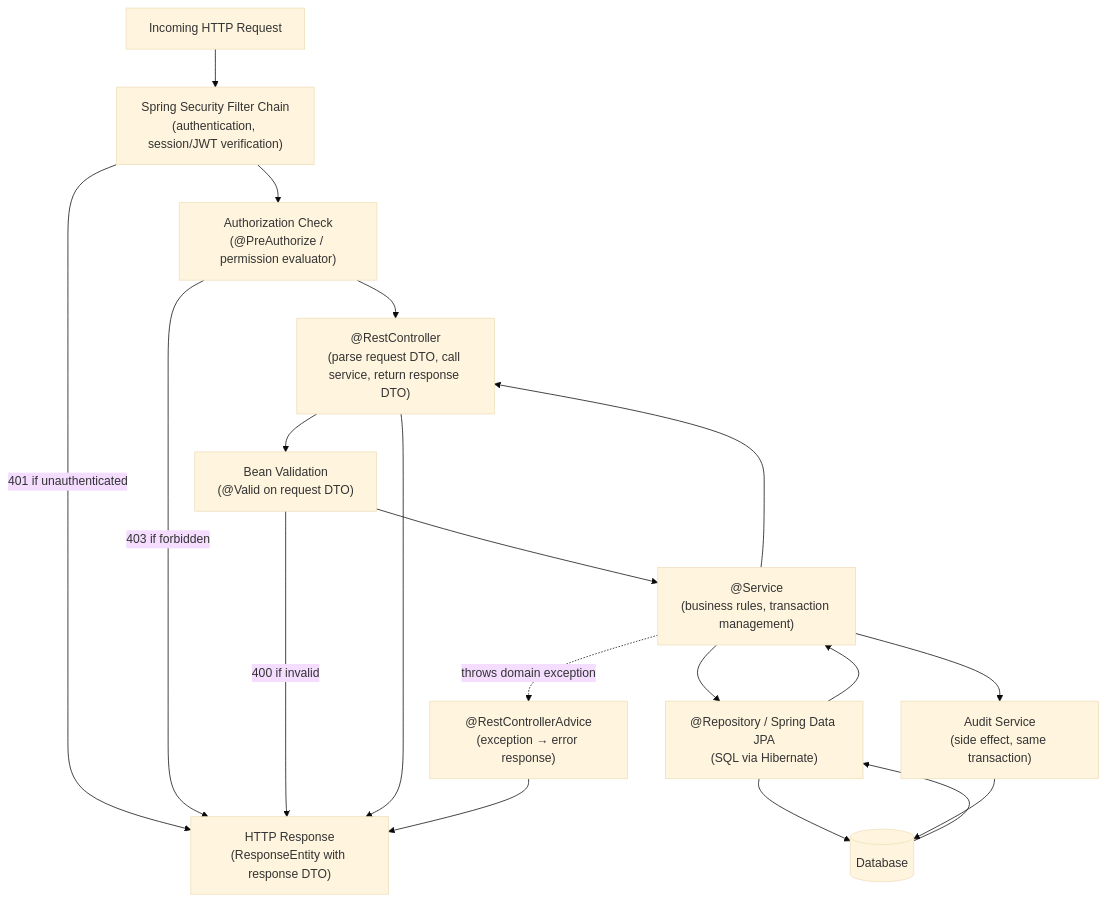
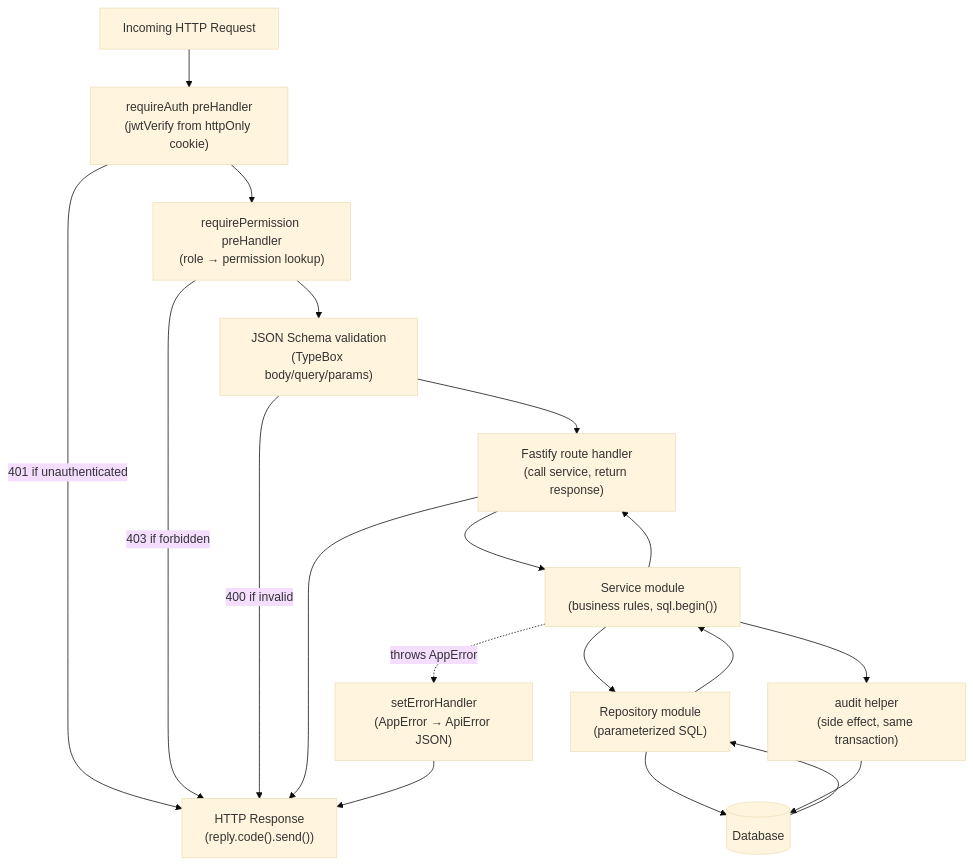
One commit to sidpd51/gym-app changed the third of 5 diagrams in backend/docs/02-system-architecture.md. Above: the diagram before and after it, drawn with Mermaid (base theme). The commit also changed other lines of this file and 5 other files, not shown here.

Commit message:
Migrate backend architecture documentation from Java to Node.js/Fastify

````diff
--- a/backend/docs/02-system-architecture.md
+++ b/backend/docs/02-system-architecture.md
@@ -124,33 +127,33 @@
 ```mermaid
 flowchart TD
     Req["Incoming HTTP Request"]
-    F1["Spring Security Filter Chain\n(authentication, session/JWT verification)"]
-    F2["Authorization Check\n(@PreAuthorize / permission evaluator)"]
-    C["@RestController\n(parse request DTO, call service, return response DTO)"]
-    V["Bean Validation\n(@Valid on request DTO)"]
-    S["@Service\n(business rules, transaction management)"]
-    R["@Repository / Spring Data JPA\n(SQL via Hibernate)"]
+    F1["requireAuth preHandler\n(jwtVerify from httpOnly cookie)"]
+    F2["requirePermission preHandler\n(role → permission lookup)"]
+    V["JSON Schema validation\n(TypeBox body/query/params)"]
+    C["Fastify route handler\n(call service, return response)"]
+    S["Service module\n(business rules, sql.begin())"]
+    R["Repository module\n(parameterized SQL)"]
     DB[("Database")]
-    A["Audit Service\n(side effect, same transaction)"]
-    Resp["HTTP Response\n(ResponseEntity with response DTO)"]
-    EH["@RestControllerAdvice\n(exception → error response)"]
+    A["audit helper\n(side effect, same transaction)"]
+    Resp["HTTP Response\n(reply.code().send())"]
+    EH["setErrorHandler\n(AppError → ApiError JSON)"]
 
     Req --> F1
     F1 -->|"401 if unauthenticated"| Resp
     F1 --> F2
     F2 -->|"403 if forbidden"| Resp
-    F2 --> C
-    C --> V
+    F2 --> V
     V -->|"400 if invalid"| Resp
-    V --> S
+    V --> C
+    C --> S
     S --> R
     R --> DB
     DB --> R
     R --> S
     S --> A
     A --> DB
     S --> C
     C --> Resp
-    S -.->|"throws domain exception"| EH
+    S -.->|"throws AppError"| EH
     EH --> Resp
 ```
````
